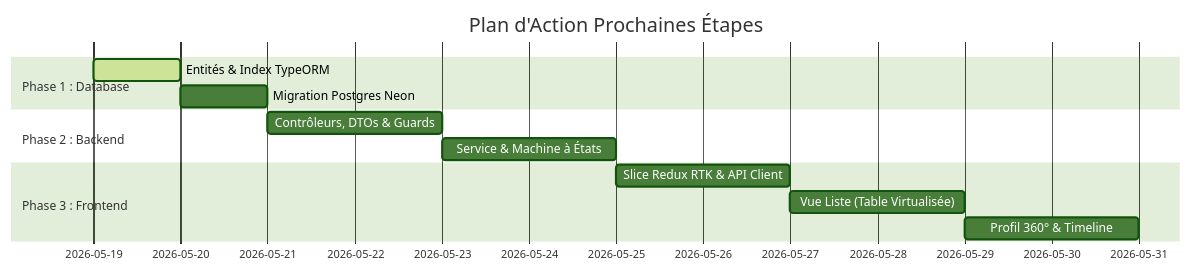
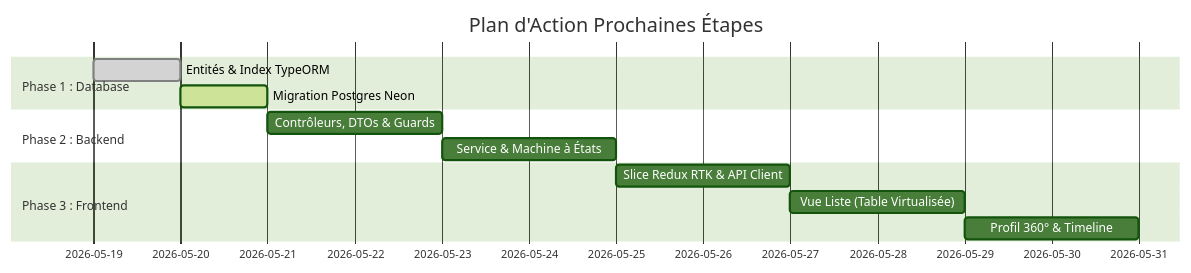
Before and after one commit to Lontsi-Hernandez/SIRH: the diagram in development_tracker.md, drawn with Mermaid (forest theme). The commit also changed other lines of this file and 1 other file, not shown here.

````diff
--- a/development_tracker.md
+++ b/development_tracker.md
@@ -47,15 +47,15 @@
 ```mermaid
 gantt
     title Plan d'Action Prochaines Étapes
     dateFormat  YYYY-MM-DD
     section Phase 1 : Database
-    Entités & Index TypeORM         :active, db1, 2026-05-19, 1d
-    Migration Postgres Neon          :db2, after db1, 1d
+    Entités & Index TypeORM         :done, db1, 2026-05-19, 1d
+    Migration Postgres Neon          :active, db2, after db1, 1d
     section Phase 2 : Backend
     Contrôleurs, DTOs & Guards      :be1, after db2, 2d
     Service & Machine à États       :be2, after be1, 2d
     section Phase 3 : Frontend
     Slice Redux RTK & API Client    :fe1, after be2, 2d
     Vue Liste (Table Virtualisée)   :fe2, after fe1, 2d
     Profil 360° & Timeline          :fe3, after fe2, 2d
 ```
````
